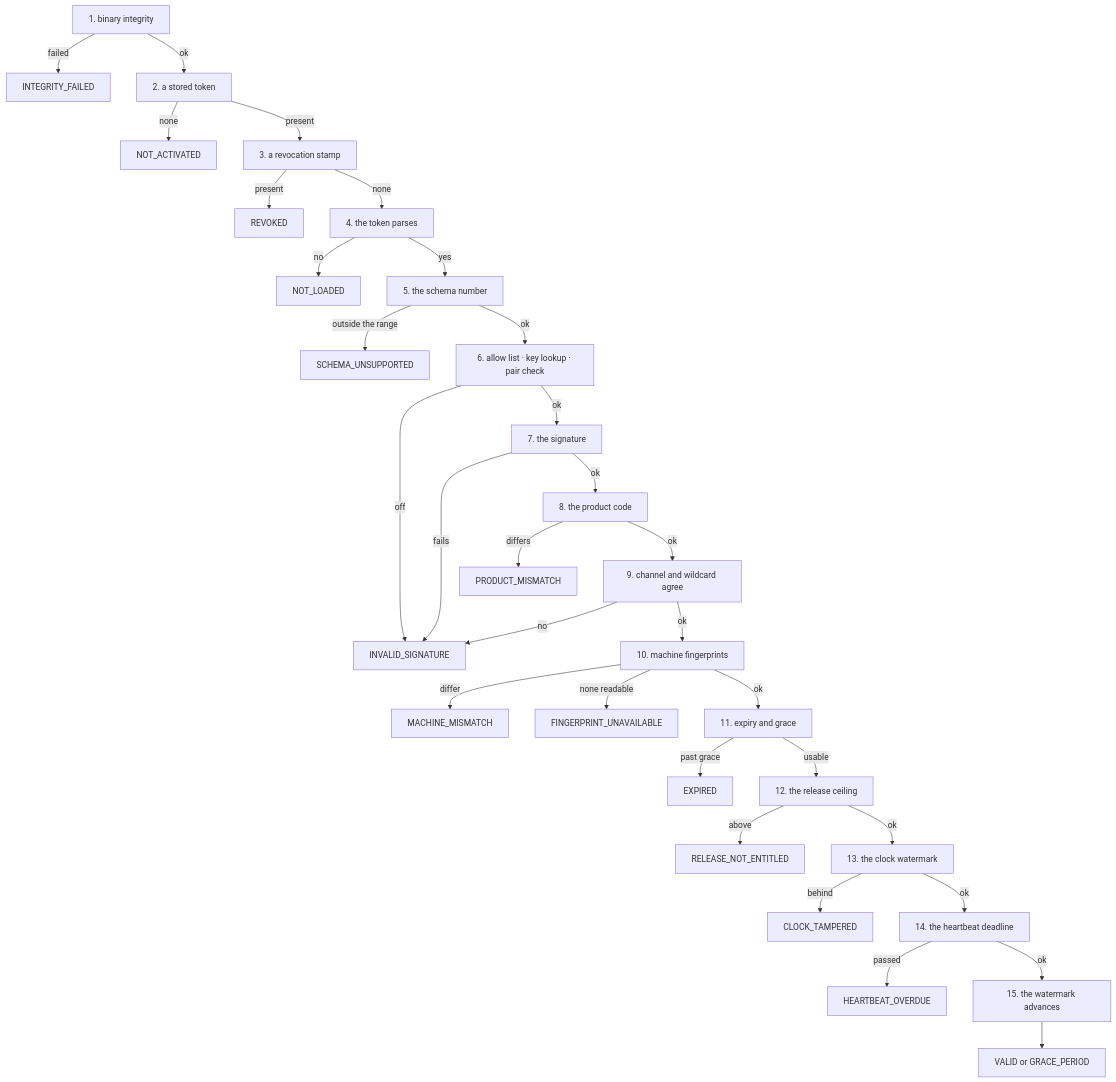
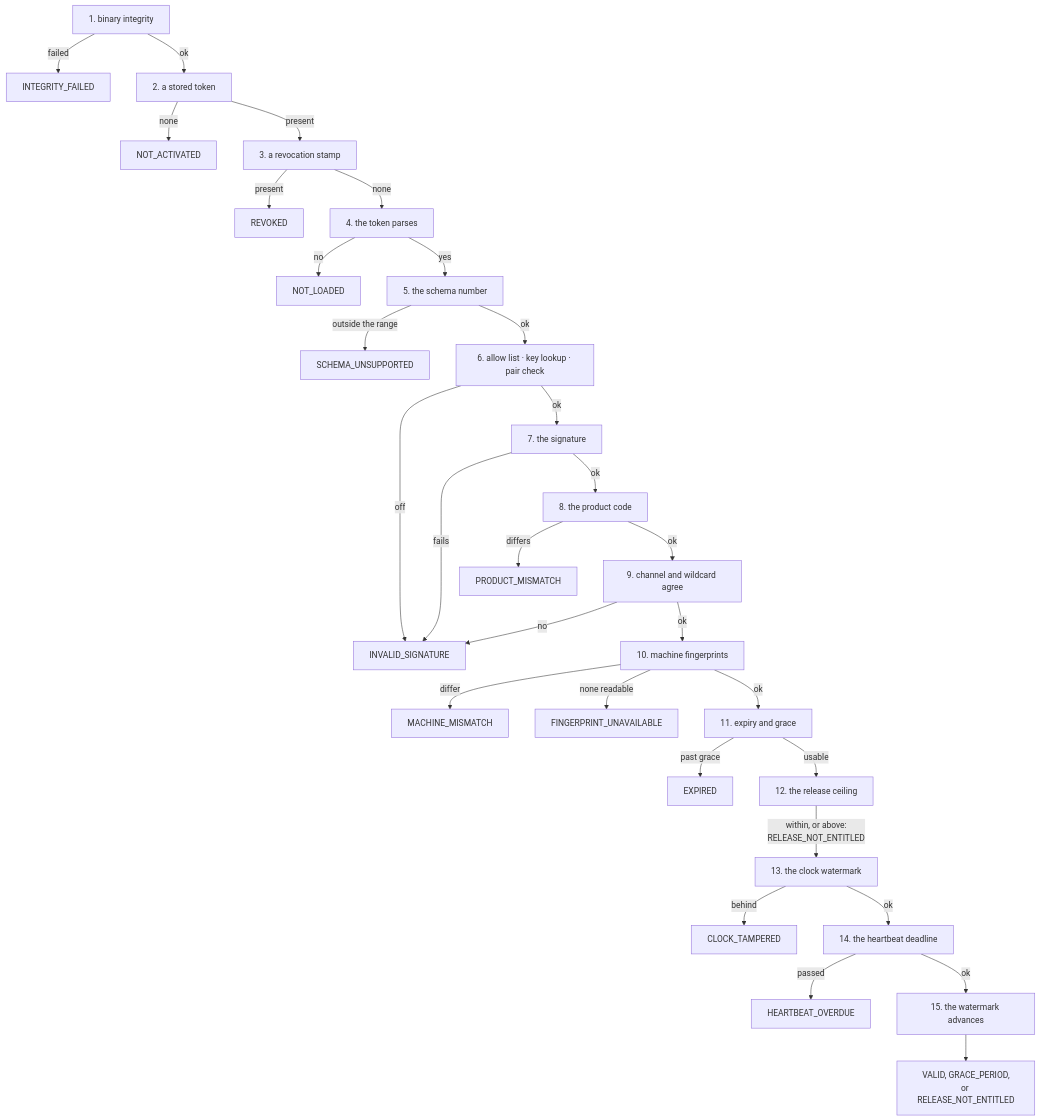
One commit to accesscore-dev/accesscore-license-sdk-dist changed the fifth of 7 diagrams in docs/manual/en/concepts.md. Above: the diagram before and after it, drawn with Mermaid. The commit also changed other lines of this file and 28 other files, not shown here.

````diff
--- a/docs/manual/en/concepts.md
+++ b/docs/manual/en/concepts.md
@@ -230,33 +253,32 @@
 ```mermaid
 flowchart TD
     A[1. binary integrity] -->|failed| AX[INTEGRITY_FAILED]
     A -->|ok| B[2. a stored token]
     B -->|none| BX[NOT_ACTIVATED]
     B -->|present| C[3. a revocation stamp]
     C -->|present| CX[REVOKED]
     C -->|none| D[4. the token parses]
     D -->|no| DX[NOT_LOADED]
     D -->|yes| E[5. the schema number]
     E -->|outside the range| EX[SCHEMA_UNSUPPORTED]
     E -->|ok| F[6. allow list · key lookup · pair check]
     F -->|off| FX[INVALID_SIGNATURE]
     F -->|ok| G[7. the signature]
     G -->|fails| FX
     G -->|ok| H[8. the product code]
     H -->|differs| HX[PRODUCT_MISMATCH]
     H -->|ok| I[9. channel and wildcard agree]
     I -->|no| FX
     I -->|ok| J[10. machine fingerprints]
     J -->|differ| JX[MACHINE_MISMATCH]
     J -->|none readable| JY[FINGERPRINT_UNAVAILABLE]
     J -->|ok| K[11. expiry and grace]
     K -->|past grace| KX[EXPIRED]
     K -->|usable| L[12. the release ceiling]
-    L -->|above| LX[RELEASE_NOT_ENTITLED]
-    L -->|ok| M[13. the clock watermark]
+    L -->|within, or above:<br/>RELEASE_NOT_ENTITLED| M[13. the clock watermark]
     M -->|behind| MX[CLOCK_TAMPERED]
     M -->|ok| N[14. the heartbeat deadline]
     N -->|passed| NX[HEARTBEAT_OVERDUE]
     N -->|ok| O[15. the watermark advances]
-    O --> OK[VALID or GRACE_PERIOD]
+    O --> OK[VALID, GRACE_PERIOD,<br/>or RELEASE_NOT_ENTITLED]
 ```
````
